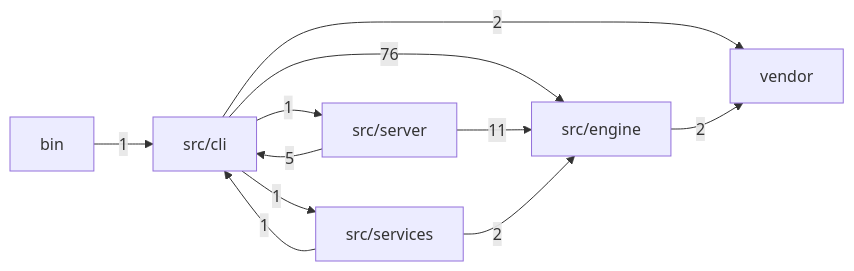
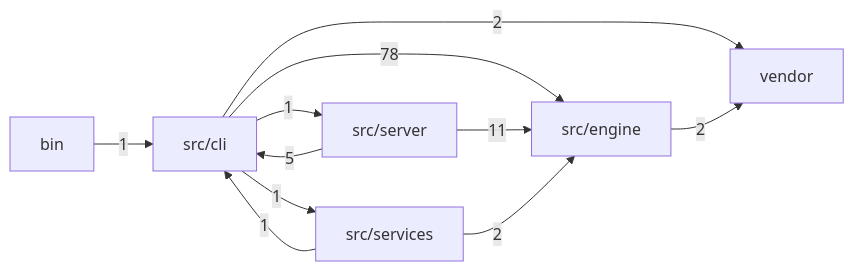
Before and after one commit to mgillr/memev: the first of 2 diagrams in docs/MODULES.md, drawn with Mermaid. The commit also changed other lines of this file and 4 other files, not shown here.

````diff
--- a/docs/MODULES.md
+++ b/docs/MODULES.md
@@ -11,19 +11,19 @@
 ```mermaid
 flowchart LR
   bin["bin"]
   cli["src/cli"]
   engine["src/engine"]
   server["src/server"]
   services["src/services"]
   vendor["vendor"]
   bin -->|"1"| cli
-  cli -->|"76"| engine
+  cli -->|"78"| engine
   cli -->|"1"| server
   cli -->|"1"| services
   cli -->|"2"| vendor
   engine -->|"2"| vendor
   server -->|"5"| cli
   server -->|"11"| engine
   services -->|"1"| cli
   services -->|"2"| engine
 ```
````
